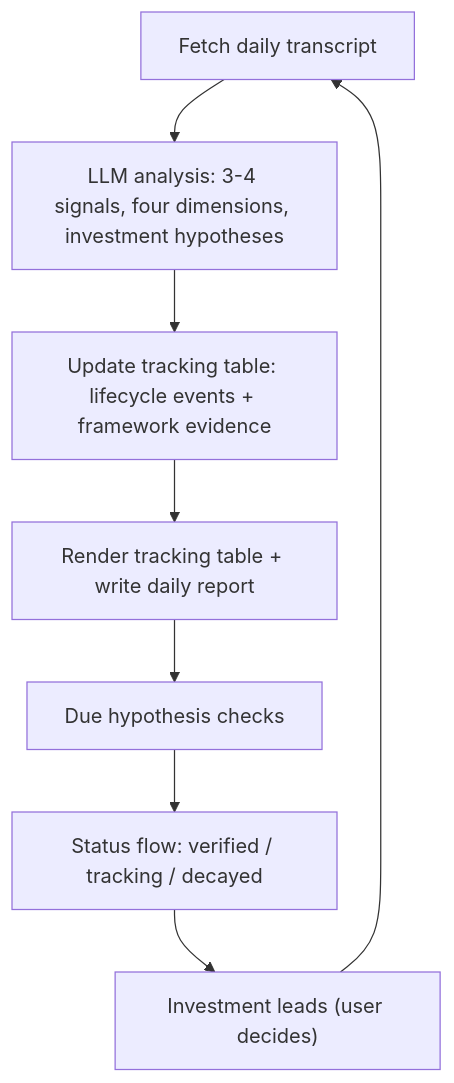
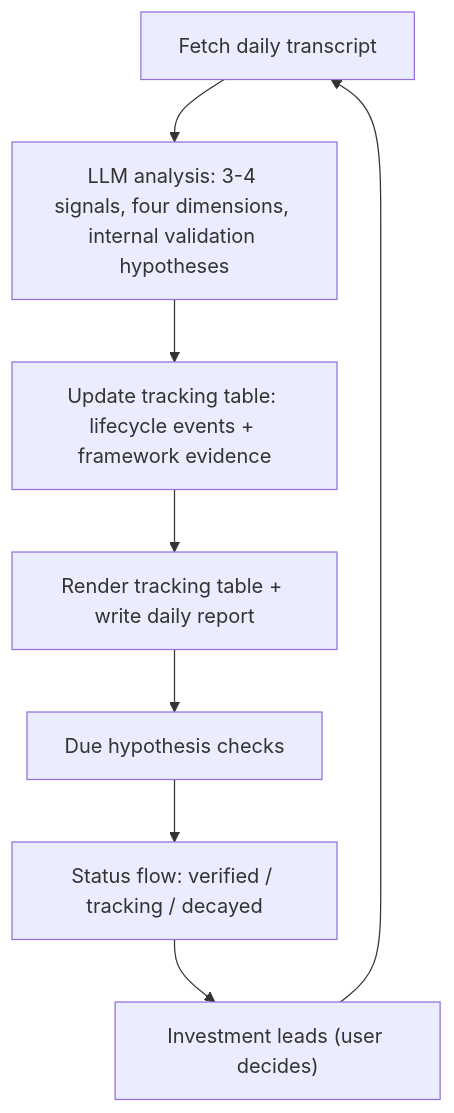
One commit to cezum/china-signal-xinwenliaobo changed the diagram in README.md. Above: the diagram before and after it, drawn with Mermaid. The commit also changed other lines of this file and 17 other files, not shown here.

````diff
--- a/README.md
+++ b/README.md
@@ -50,10 +50,10 @@
 ```mermaid
 flowchart TD
-    A["Fetch daily transcript"] --> B["LLM analysis: 3-4 signals, four dimensions, investment hypotheses"]
+    A["Fetch daily transcript"] --> B["LLM analysis: 3-4 signals, four dimensions, internal validation hypotheses"]
     B --> C["Update tracking table: lifecycle events + framework evidence"]
     C --> D["Render tracking table + write daily report"]
     D --> E["Due hypothesis checks"]
     E --> F["Status flow: verified / tracking / decayed"]
     F --> G["Investment leads (user decides)"]
     G --> A
 ```
````
